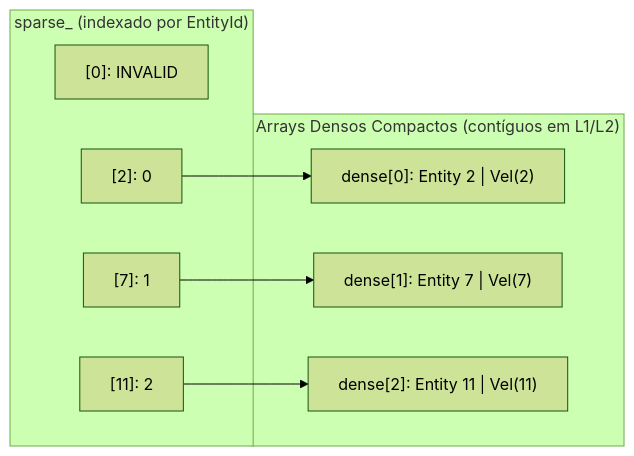
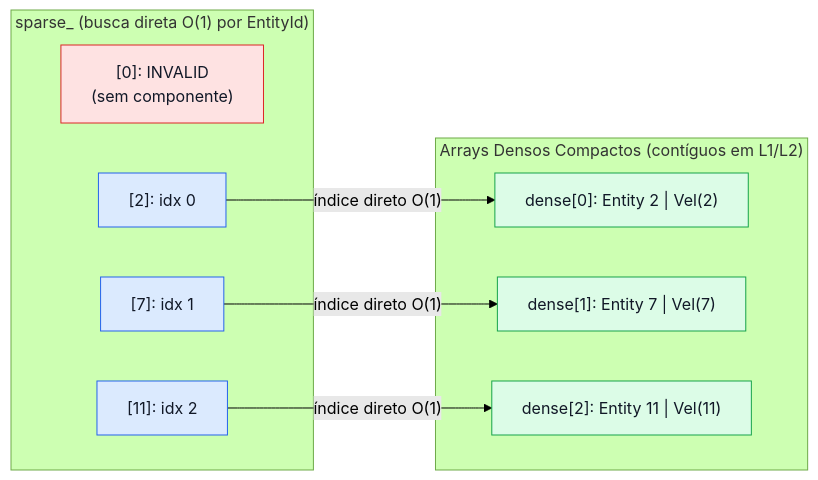
The diagram in lessons/SparseSet/Tutorial/pt-br.md (LevyArsOS/cpp-lessons), drawn with Mermaid (forest theme) before and after one commit. The commit also changed other lines of this file and 9 other files, not shown here.

First line of the commit message:
docs(tutorials): upgrade Mermaid diagrams and clarify systems jargon

````diff
--- a/lessons/SparseSet/Tutorial/pt-br.md
+++ b/lessons/SparseSet/Tutorial/pt-br.md
@@ -33,19 +33,24 @@
 ```mermaid
 flowchart LR
-    subgraph Sparse["sparse_ (indexado por EntityId)"]
-        S0["[0]: INVALID"]
-        S2["[2]: 0"]
-        S7["[7]: 1"]
-        S11["[11]: 2"]
+    classDef slow fill:#fee2e2,stroke:#dc2626,color:#111827
+    classDef fast fill:#dcfce7,stroke:#16a34a,color:#111827
+    classDef cpu fill:#dbeafe,stroke:#2563eb,color:#111827
+    classDef warn fill:#fef3c7,stroke:#d97706,color:#111827
+
+    subgraph Sparse["sparse_ (busca direta O(1) por EntityId)"]
+        S0["[0]: INVALID<br/>(sem componente)"]:::slow
+        S2["[2]: idx 0"]:::cpu
+        S7["[7]: idx 1"]:::cpu
+        S11["[11]: idx 2"]:::cpu
     end
 
     subgraph Dense["Arrays Densos Compactos (contíguos em L1/L2)"]
-        D0["dense[0]: Entity 2 | Vel(2)"]
-        D1["dense[1]: Entity 7 | Vel(7)"]
-        D2["dense[2]: Entity 11 | Vel(11)"]
+        D0["dense[0]: Entity 2 | Vel(2)"]:::fast
+        D1["dense[1]: Entity 7 | Vel(7)"]:::fast
+        D2["dense[2]: Entity 11 | Vel(11)"]:::fast
     end
 
-    S2 --> D0
-    S7 --> D1
-    S11 --> D2
+    S2 -->|"índice direto O(1)"| D0
+    S7 -->|"índice direto O(1)"| D1
+    S11 -->|"índice direto O(1)"| D2
 ```
````
